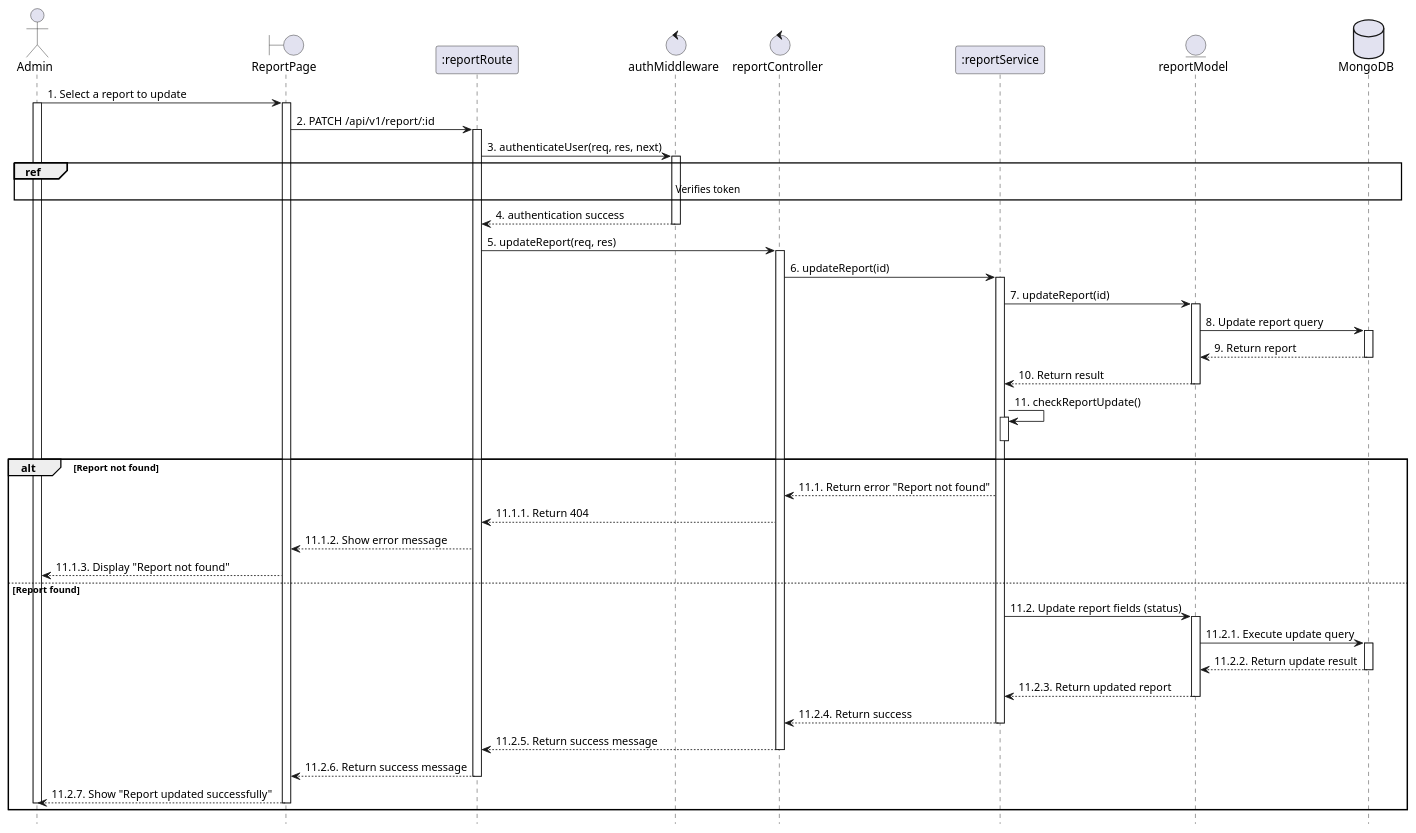
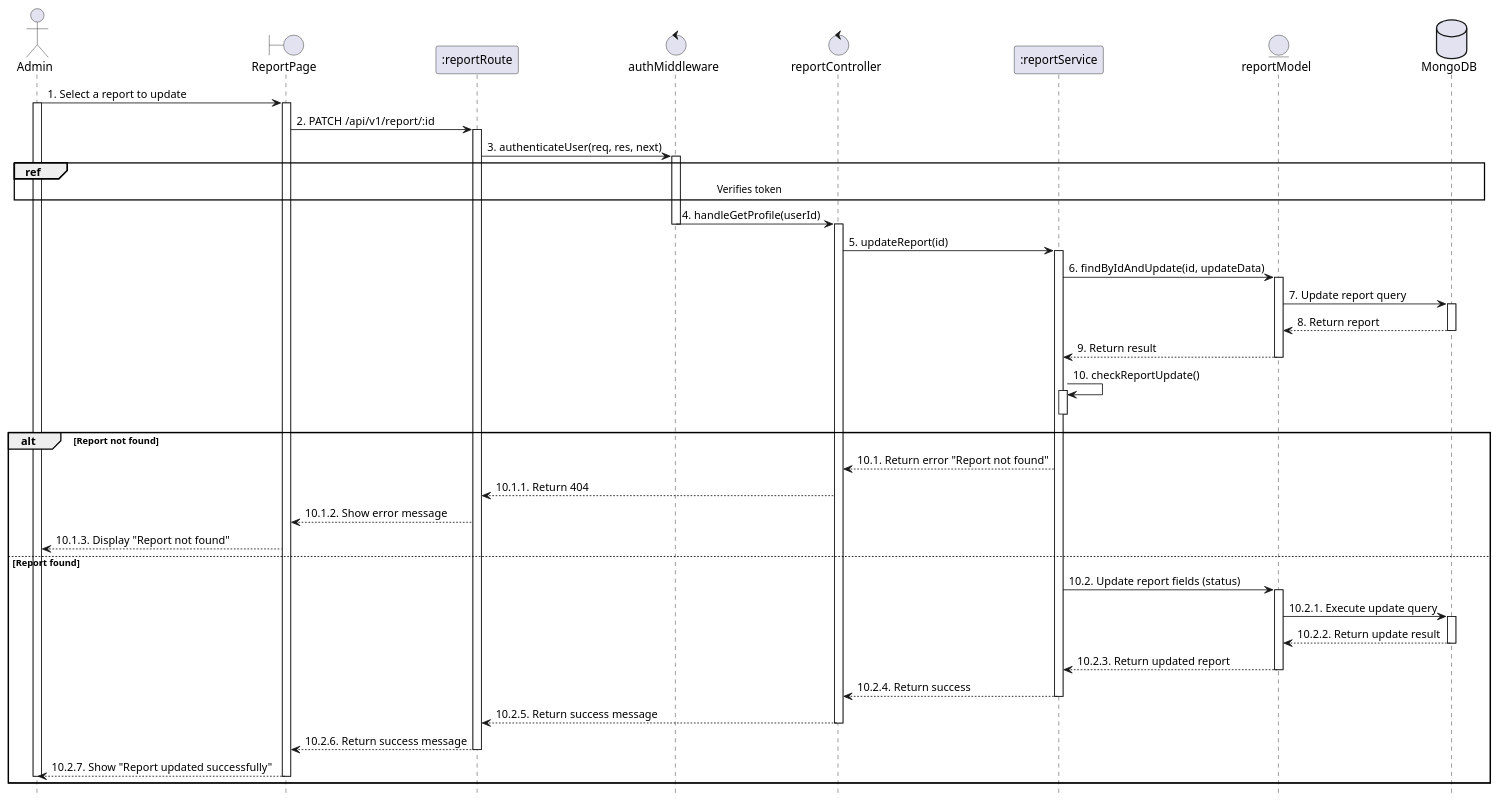
One commit to VietDurian/VietDurian changed the diagram in planuml/web/19.3_updateReport.puml. Above: the diagram before and after it, drawn with PlantUML. The commit also changed 18 other files, not shown here.

```diff
--- a/planuml/web/19.3_updateReport.puml
+++ b/planuml/web/19.3_updateReport.puml
@@ -1,73 +1,72 @@
 @startuml UC44_UpdateReport
 
 actor Admin as "Admin"
 boundary "ReportPage" as View
 participant ":reportRoute" as Route
 control "authMiddleware" as Auth
 control "reportController" as Controller
 participant ":reportService" as Service
 entity "reportModel" as Model
 database "MongoDB" as MongoDB
 hide footbox
 
     Admin -> View: 1. Select a report to update
     activate View
     activate Admin
 
     View -> Route: 2. PATCH /api/v1/report/:id
     activate Route
     Route -> Auth: 3. authenticateUser(req, res, next)
 
     activate Auth
     ref over Admin, MongoDB : Verifies token
-    Auth --> Route: 4. authentication success
+
+    Auth -> Controller: 4. handleGetProfile(userId)
     deactivate Auth
-
-    Route -> Controller: 5. updateReport(req, res)
     activate Controller
 
-    Controller -> Service: 6. updateReport(id)
+    Controller -> Service: 5. updateReport(id)
     activate Service
 
-    Service -> Model: 7. updateReport(id)
+    Service -> Model: 6. findByIdAndUpdate(id, updateData)
     activate Model
 
-    Model -> MongoDB: 8. Update report query
+    Model -> MongoDB: 7. Update report query
     activate MongoDB
-    MongoDB --> Model: 9. Return report
+    MongoDB --> Model: 8. Return report
     deactivate MongoDB
 
-    Model --> Service: 10. Return result
+    Model --> Service: 9. Return result
     deactivate Model
 
-    Service -> Service: 11. checkReportUpdate()
+    Service -> Service: 10. checkReportUpdate()
     activate Service
     deactivate Service
 
     alt Report not found
-        Service --> Controller: 11.1. Return error "Report not found"
-        Controller --> Route: 11.1.1. Return 404
-        Route --> View: 11.1.2. Show error message
-        View --> Admin: 11.1.3. Display "Report not found"
+        Service --> Controller: 10.1. Return error "Report not found"
+        Controller --> Route: 10.1.1. Return 404
+        Route --> View: 10.1.2. Show error message
+        View --> Admin: 10.1.3. Display "Report not found"
     else Report found
-        Service -> Model: 11.2. Update report fields (status)
+        Service -> Model: 10.2. Update report fields (status)
         activate Model
-        Model -> MongoDB: 11.2.1. Execute update query
+        Model -> MongoDB: 10.2.1. Execute update query
         activate MongoDB
-        MongoDB --> Model: 11.2.2. Return update result
+        MongoDB --> Model: 10.2.2. Return update result
         deactivate MongoDB
-        Model --> Service: 11.2.3. Return updated report
+        Model --> Service: 10.2.3. Return updated report
         deactivate Model
 
-        Service --> Controller: 11.2.4. Return success
+        Service --> Controller: 10.2.4. Return success
         deactivate Service
-        Controller --> Route: 11.2.5. Return success message
+        Controller --> Route: 10.2.5. Return success message
         deactivate Controller
-        Route --> View: 11.2.6. Return success message
+        Route --> View: 10.2.6. Return success message
         deactivate Route
-        View --> Admin: 11.2.7. Show "Report updated successfully"
+        View --> Admin: 10.2.7. Show "Report updated successfully"
         deactivate View
         deactivate Admin
     end
 
 @enduml
```
